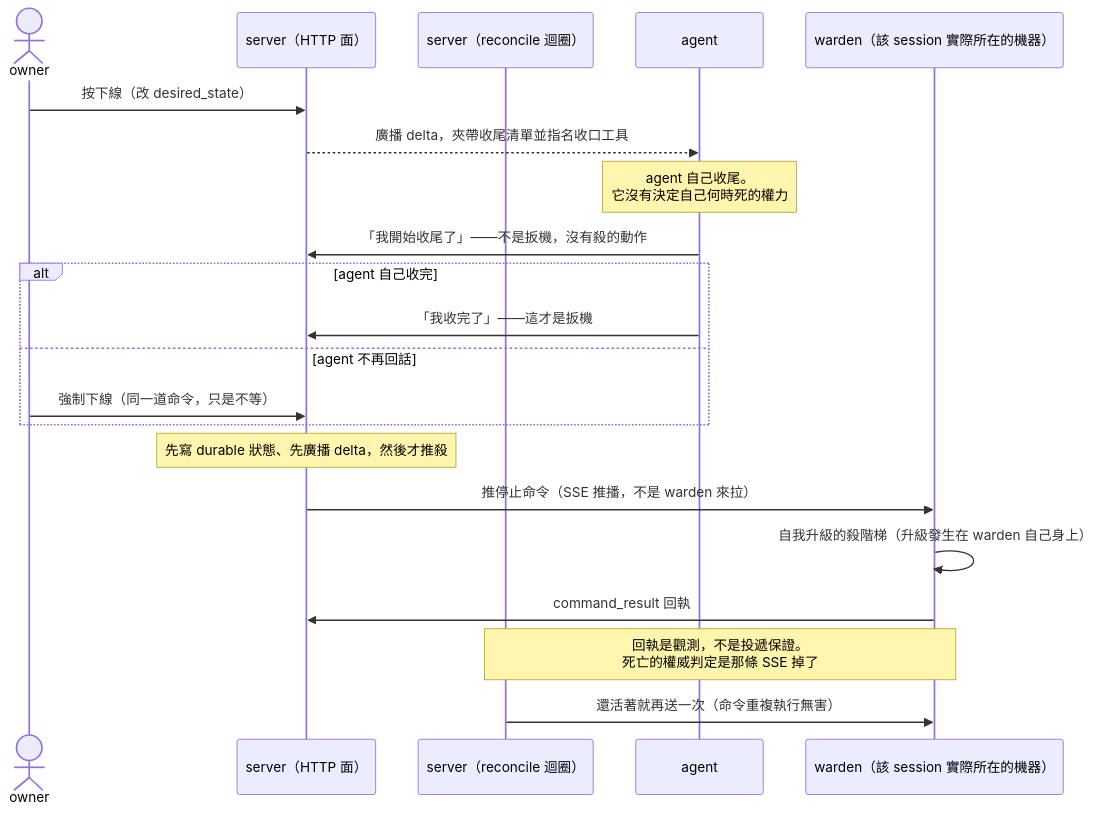
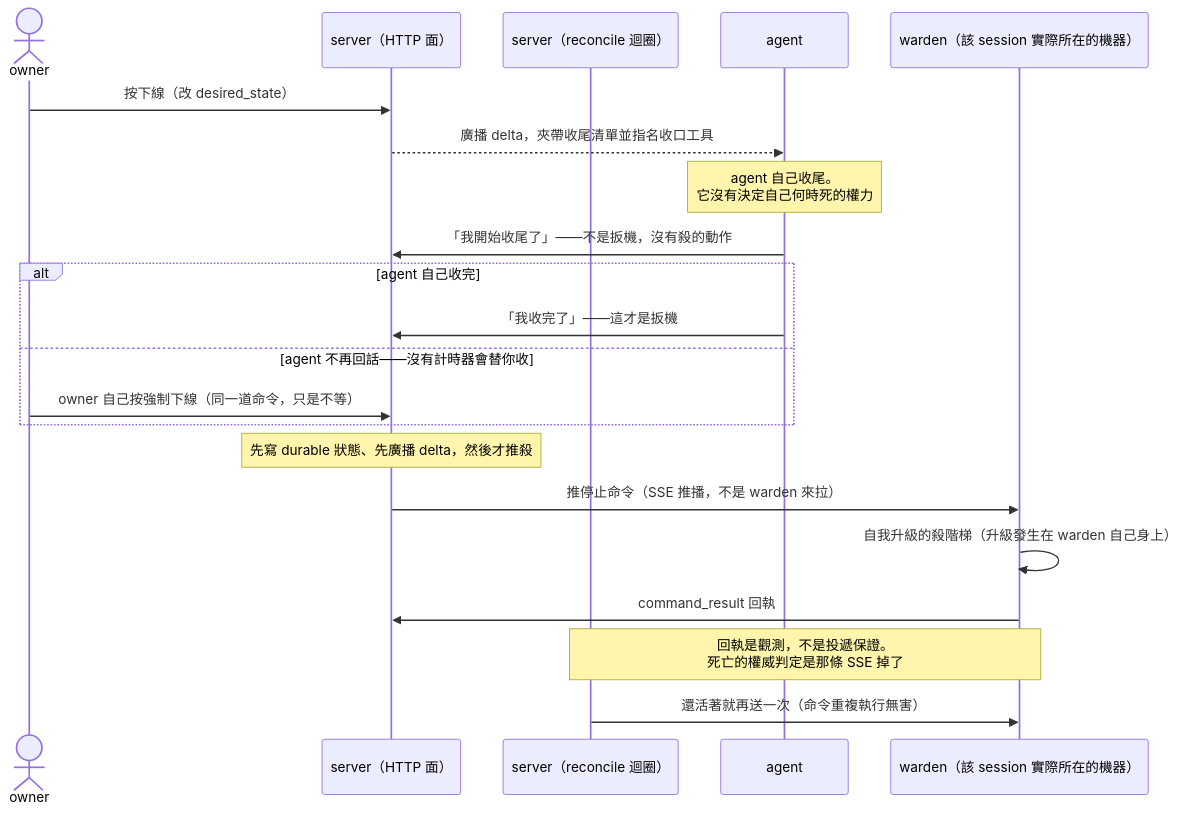
Before and after one commit to OTZro/OffiCraft: the diagram in docs/design/offboard-flow.md, drawn with Mermaid.

Commit message:
[T-e04f] 圖給了讀者腦補「逾時自動收」的空間 —— 受測 agent 實際踩到
[why] 只給圖、不給上下文的受測 agent 在複述時多寫了三個字：
「或逾時後強制」。圖上沒有逾時，而「這條路沒有任何計時器、唯一的
兜底是 owner 的手」正是本文第三節花最大力氣講的那一句。

它不是看錯：`else agent 不再回話` 只說了條件、沒說觸發者是誰，
而讀者對這種分支的預設想像就是逾時。**這個洞我自己看不出來，
因為我已經知道答案了。**

[how] 那個分支改成明寫觸發者與其不存在的替代品：
「不再回話——沒有計時器會替你收」「owner 自己按強制下線」。

重測：新的受測 agent 直答「不是逾時自動觸發，是 owner 自己動手」、
「沒有倒數計時器」，複述裡不再出現逾時。

````diff
--- a/docs/design/offboard-flow.md
+++ b/docs/design/offboard-flow.md
@@ -34,28 +34,28 @@
 ```mermaid
 sequenceDiagram
     actor owner
     participant srv as server（HTTP 面）
     participant rec as server（reconcile 迴圈）
     participant agent as agent
     participant w as warden（該 session 實際所在的機器）
 
     owner->>srv: 按下線（改 desired_state）
     srv-->>agent: 廣播 delta，夾帶收尾清單並指名收口工具
     Note over agent: agent 自己收尾。<br/>它沒有決定自己何時死的權力
 
     agent->>srv: 「我開始收尾了」——不是扳機，沒有殺的動作
 
     alt agent 自己收完
         agent->>srv: 「我收完了」——這才是扳機
-    else agent 不再回話
-        owner->>srv: 強制下線（同一道命令，只是不等）
+    else agent 不再回話——沒有計時器會替你收
+        owner->>srv: owner 自己按強制下線（同一道命令，只是不等）
     end
 
     Note over srv: 先寫 durable 狀態、先廣播 delta，然後才推殺
     srv->>w: 推停止命令（SSE 推播，不是 warden 來拉）
     w->>w: 自我升級的殺階梯（升級發生在 warden 自己身上）
     w->>srv: command_result 回執
 
     Note over rec,w: 回執是觀測，不是投遞保證。<br/>死亡的權威判定是那條 SSE 掉了
     rec->>w: 還活著就再送一次（命令重複執行無害）
 ```
````
